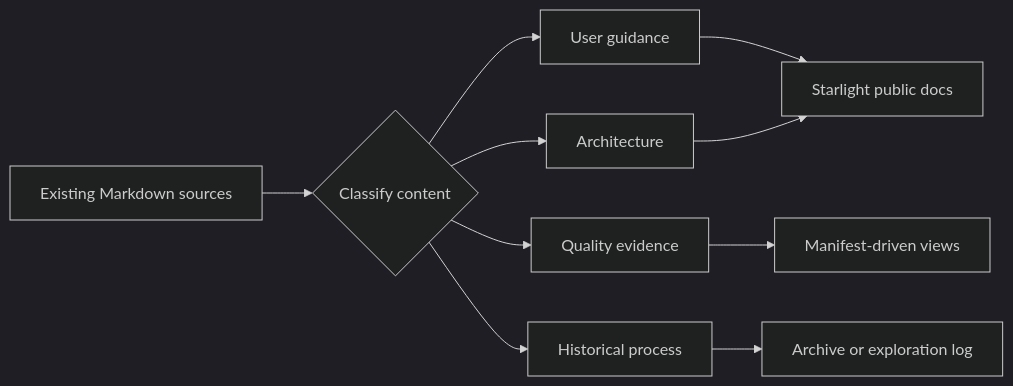
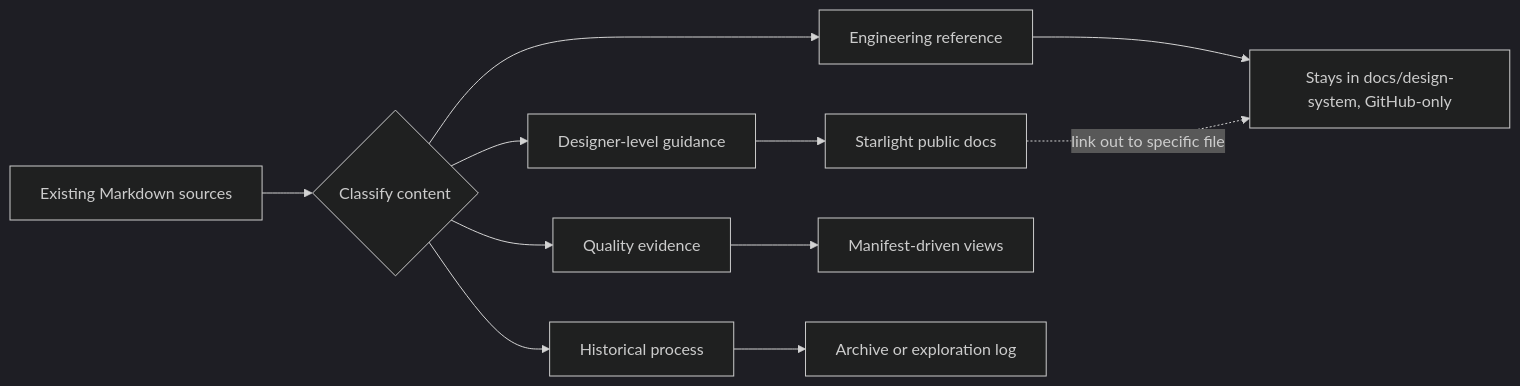
Before and after one commit to JeffreySanford/public-sector-federation: the second of 2 diagrams in docs/documentation-upgrade/10-migration-and-cleanup-plan.md, drawn with Mermaid (dark theme). The commit also changed other lines of this file, not shown here.

First line of the commit message:
Decide Starlight scope: designer-level docs only, no engineering-docs mirror

````diff
--- a/docs/documentation-upgrade/10-migration-and-cleanup-plan.md
+++ b/docs/documentation-upgrade/10-migration-and-cleanup-plan.md
@@ -272,12 +275,13 @@
 ```mermaid
 flowchart LR
   Old[Existing Markdown sources] --> Classify{Classify content}
-  Classify --> Guidance[User guidance]
-  Classify --> Architecture[Architecture]
+  Classify --> Guidance[Designer-level guidance]
+  Classify --> Engineering[Engineering reference]
   Classify --> Evidence[Quality evidence]
   Classify --> History[Historical process]
   Guidance --> Starlight[Starlight public docs]
-  Architecture --> Starlight
+  Engineering --> GitHub[Stays in docs/design-system, GitHub-only]
+  Starlight -.link out to specific file.-> GitHub
   Evidence --> Generated[Manifest-driven views]
   History --> Archive[Archive or exploration log]
 ```
````
